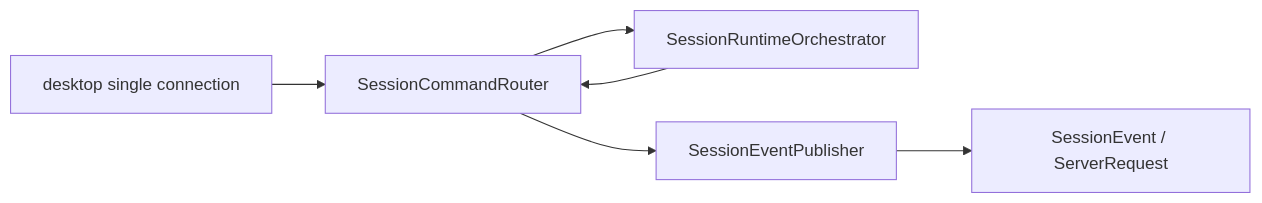
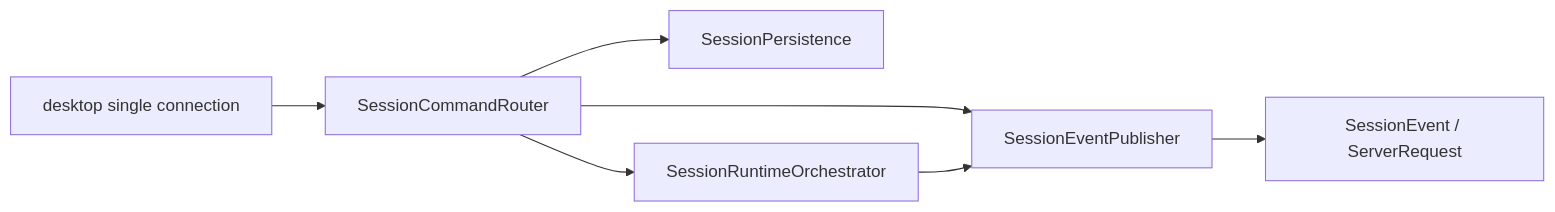
Before and after one commit to Lixuhang987/SpotAgent: the second of 2 diagrams in apps/agent-server/src/session/session.md, drawn with Mermaid. The commit also changed other lines of this file and 38 other files, not shown here.

Commit message:
refactor session flow to shared connection and command-event protocol

````diff
--- a/apps/agent-server/src/session/session.md
+++ b/apps/agent-server/src/session/session.md
@@ -43,8 +43,9 @@
 ```mermaid
 flowchart LR
   UI["desktop single connection"] --> Router["SessionCommandRouter"]
+  Router --> Persistence["SessionPersistence"]
   Router --> Orchestrator["SessionRuntimeOrchestrator"]
-  Orchestrator --> Router
   Router --> Publisher["SessionEventPublisher"]
+  Orchestrator --> Publisher
   Publisher --> UIEvents["SessionEvent / ServerRequest"]
 ```
````
